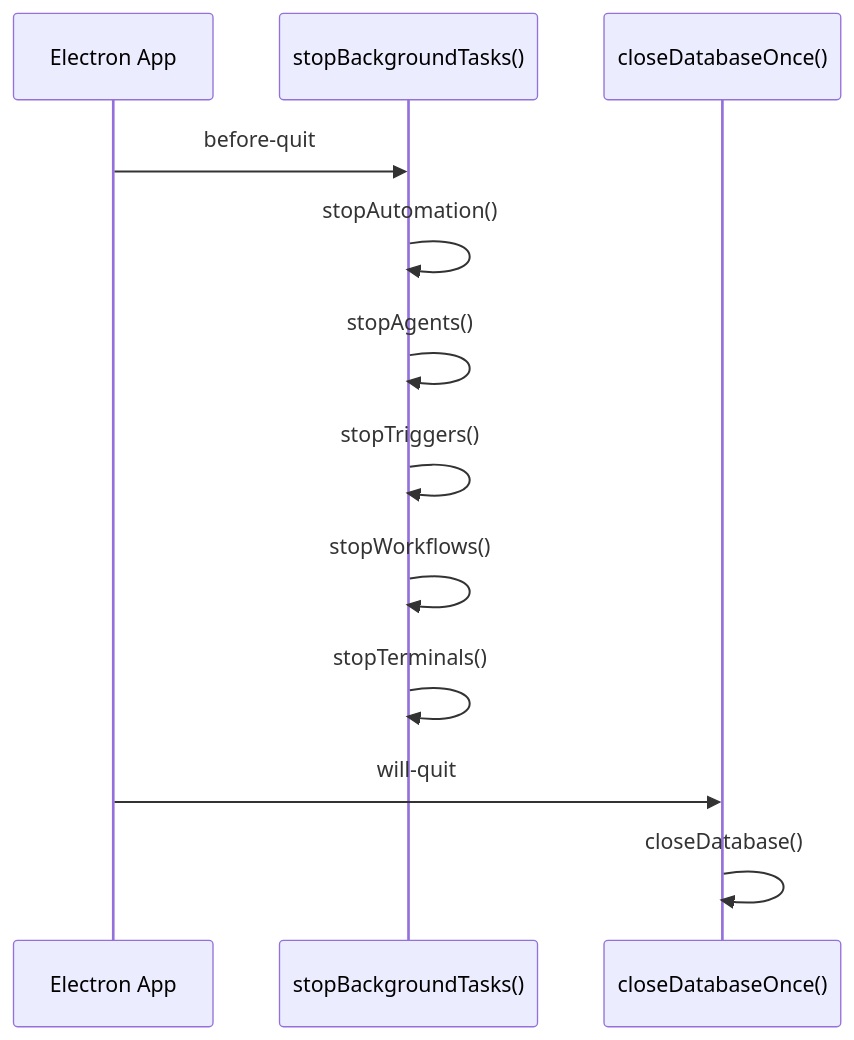
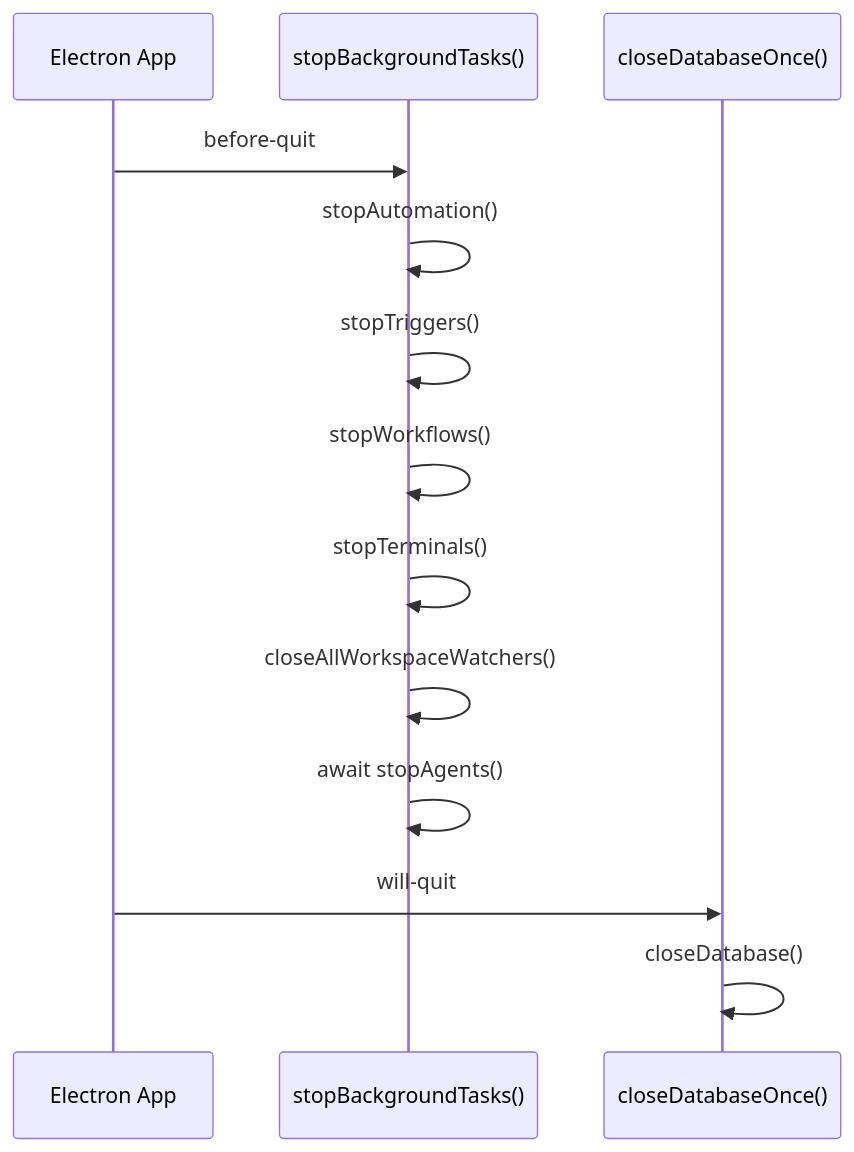
One commit to yangshunling/NovaStudio changed the second of 7 diagrams in docs/02-系统架构与关键决策.md. Above: the diagram before and after it, drawn with Mermaid. The commit also changed other lines of this file and 66 other files, not shown here.

````diff
--- a/docs/02-系统架构与关键决策.md
+++ b/docs/02-系统架构与关键决策.md
@@ -156,15 +158,16 @@
 ```mermaid
 sequenceDiagram
   participant App as Electron App
   participant Bg as stopBackgroundTasks()
   participant DB as closeDatabaseOnce()
 
   App->>Bg: before-quit
   Bg->>Bg: stopAutomation()
-  Bg->>Bg: stopAgents()
   Bg->>Bg: stopTriggers()
   Bg->>Bg: stopWorkflows()
   Bg->>Bg: stopTerminals()
+  Bg->>Bg: closeAllWorkspaceWatchers()
+  Bg->>Bg: await stopAgents()
   App->>DB: will-quit
   DB->>DB: closeDatabase()
 ```
````
